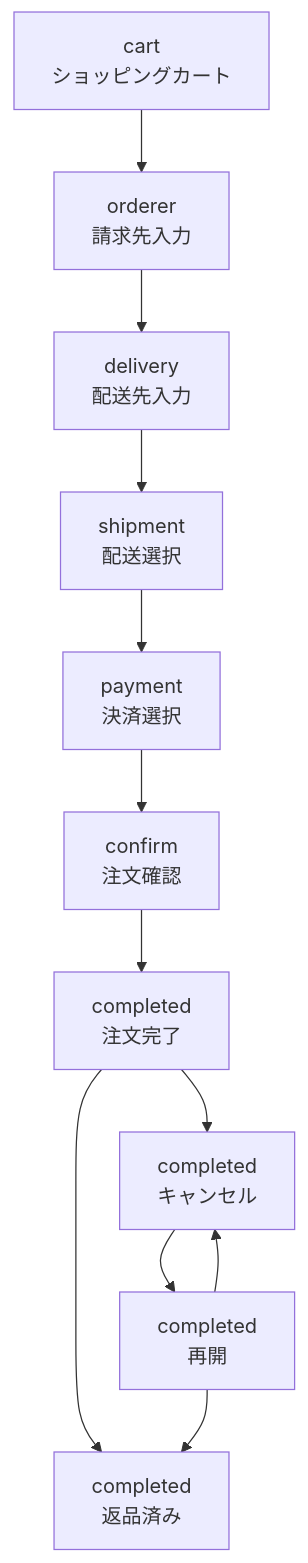
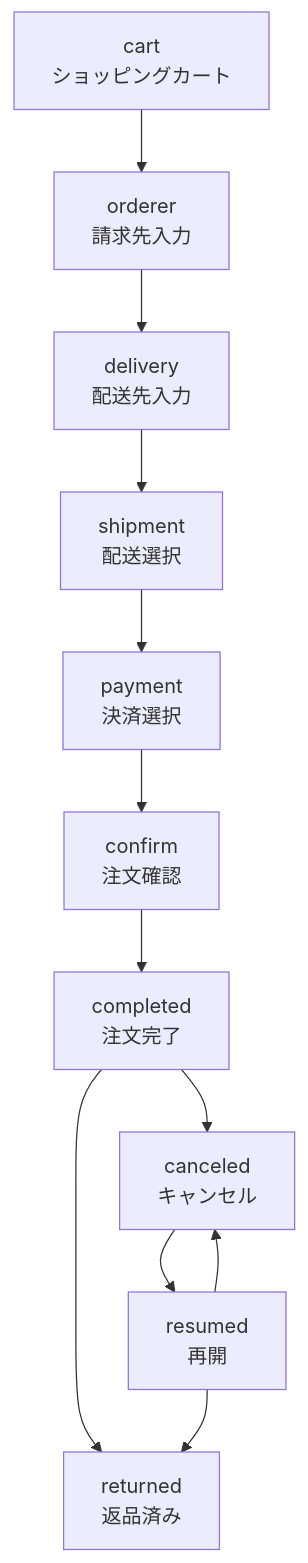
Before and after one commit to hyoshida/comable-guide: the diagram in ja/developer/state_machine.md, drawn with Mermaid.

Commit message:
Fix the state names

````diff
--- a/ja/developer/state_machine.md
+++ b/ja/developer/state_machine.md
@@ -7,25 +7,25 @@
 ```mermaid
 graph TD;
     cart --> orderer;
     orderer --> delivery;
     delivery --> shipment;
     shipment --> payment;
     payment --> confirm;
     confirm --> completed;
     completed --> canceled;
     completed --> returned;
     canceled --> resumed;
     resumed --> canceled;
     resumed --> returned;
 
     cart[cart<br/>ショッピングカート];
     orderer[orderer<br/>請求先入力];
     delivery[delivery<br/>配送先入力];
     shipment[shipment<br/>配送選択];
     payment[payment<br/>決済選択];
     confirm[confirm<br/>注文確認];
     completed[completed<br/>注文完了];
-    resumed[completed<br/>再開];
-    canceled[completed<br/>キャンセル];
-    returned[completed<br/>返品済み];
+    resumed[resumed<br/>再開];
+    canceled[canceled<br/>キャンセル];
+    returned[returned<br/>返品済み];
 ```
````
